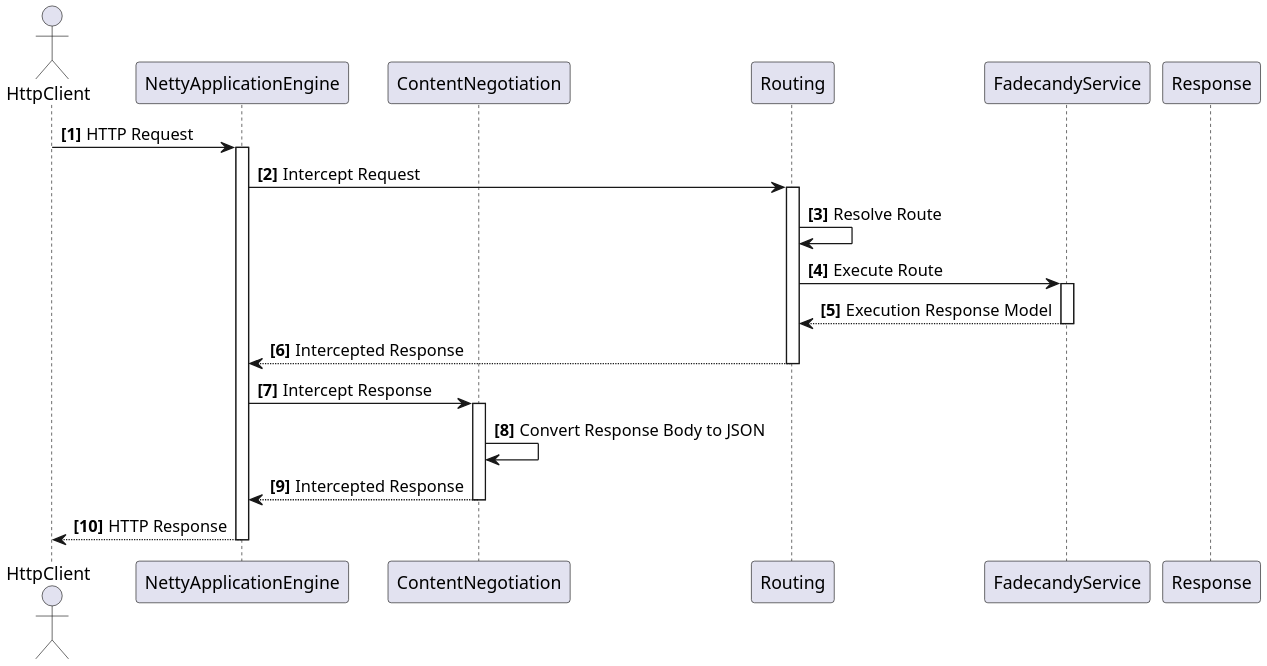
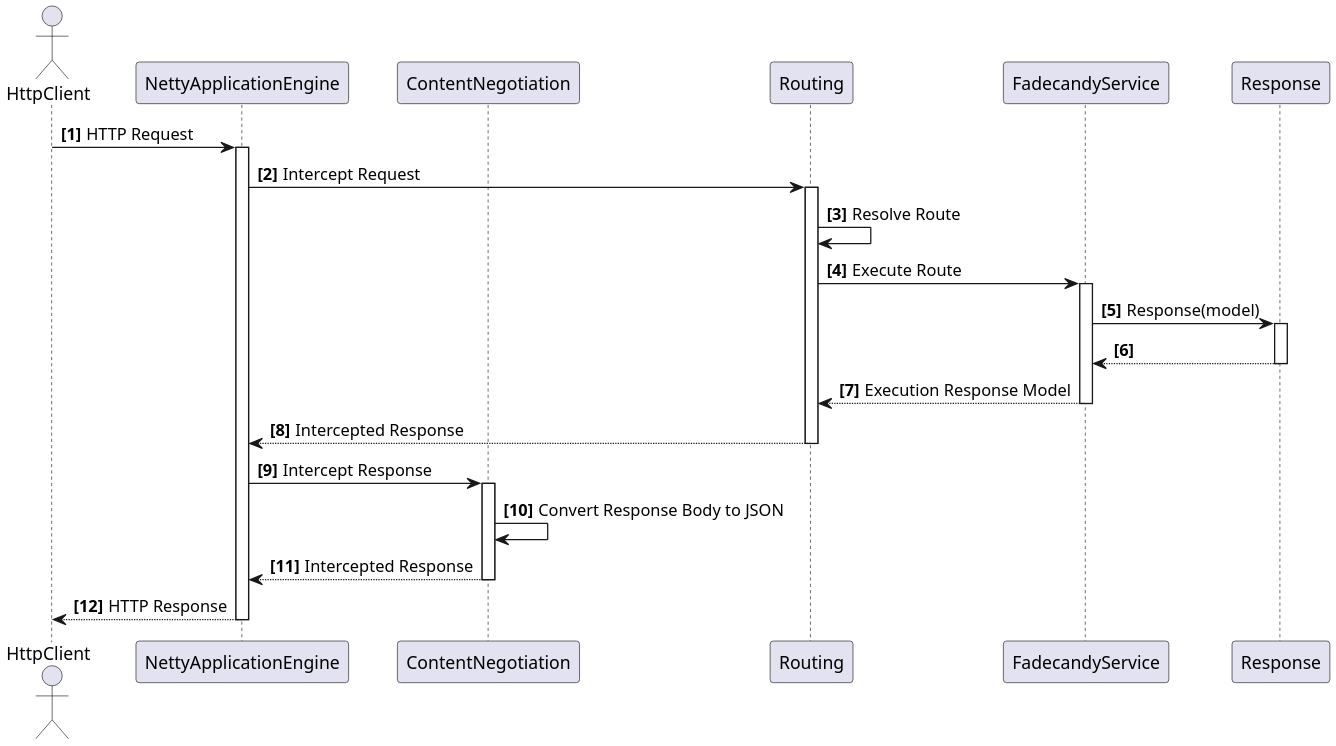
The diagram in docs/sequence_api_routing.wsd (simonas-dev/light-square), drawn with PlantUML before and after one commit. The commit also changed 100 other files, not shown here.

```diff
--- a/docs/sequence_api_routing.wsd
+++ b/docs/sequence_api_routing.wsd
@@ -1,32 +1,36 @@
 @startuml Fadecandy REST
 scale 2
 autonumber "<b>[0]"
 
 actor HttpClient
 participant NettyApplicationEngine
 participant ContentNegotiation
 participant Routing
 participant FadecandyService
 participant Response
 
 HttpClient -> NettyApplicationEngine : HTTP Request
 activate NettyApplicationEngine
 NettyApplicationEngine -> Routing : Intercept Request
 activate Routing
 Routing -> Routing : Resolve Route
 Routing -> FadecandyService : Execute Route
 activate FadecandyService
+FadecandyService -> Response : Response(model)
+activate Response
+FadecandyService <-- Response
+deactivate Response
 Routing <-- FadecandyService : Execution Response Model 
 deactivate FadecandyService
 NettyApplicationEngine <-- Routing : Intercepted Response
 deactivate Routing
 NettyApplicationEngine -> ContentNegotiation : Intercept Response
 activate ContentNegotiation
 ContentNegotiation -> ContentNegotiation : Convert Response Body to JSON
 NettyApplicationEngine <-- ContentNegotiation : Intercepted Response
 deactivate ContentNegotiation
 HttpClient <-- NettyApplicationEngine : HTTP Response
 deactivate NettyApplicationEngine
 
 
 @enduml
```
